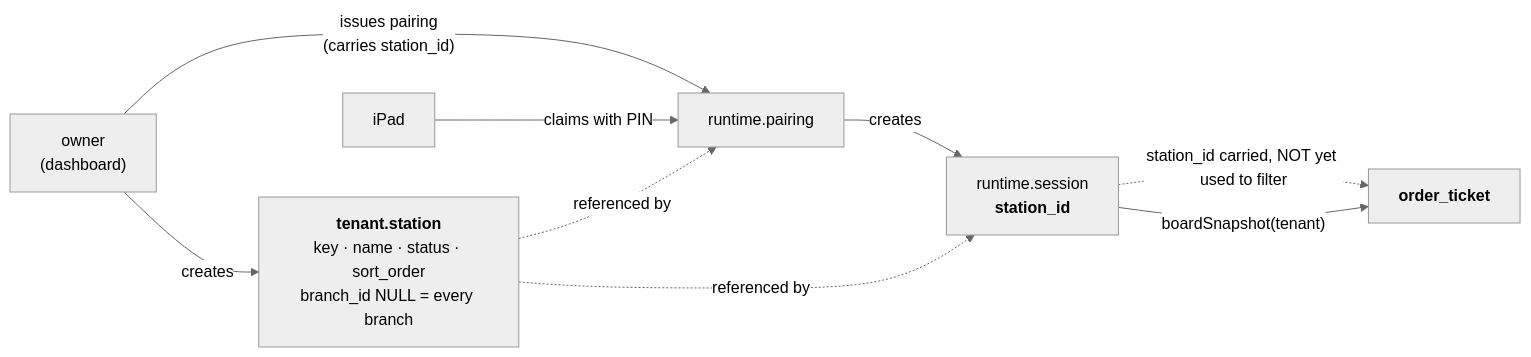
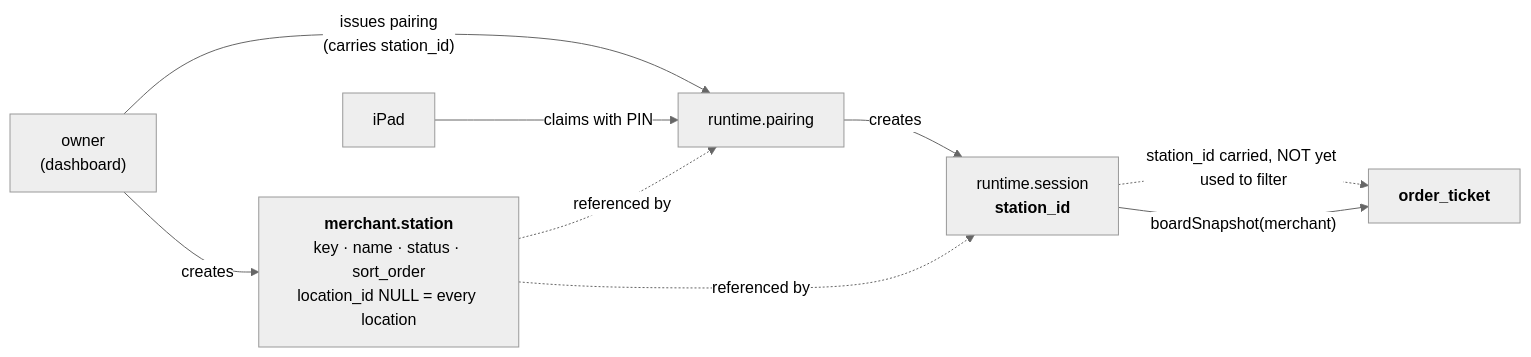
Before and after one commit to umiconsulting/umi: the second of 3 diagrams in docs/migration/build-v3/ORDER_MODEL.md, drawn with Mermaid (neutral theme). The commit also changed other lines of this file and 214 other files, not shown here.

````diff
--- a/docs/migration/build-v3/ORDER_MODEL.md
+++ b/docs/migration/build-v3/ORDER_MODEL.md
@@ -153,11 +153,11 @@
 ```mermaid
 flowchart LR
-  OWNER["owner<br/>(dashboard)"] -->|creates| ST["<b>tenant.station</b><br/>key · name · status · sort_order<br/>branch_id NULL = every branch"]
+  OWNER["owner<br/>(dashboard)"] -->|creates| ST["<b>merchant.station</b><br/>key · name · status · sort_order<br/>location_id NULL = every location"]
   OWNER -->|"issues pairing<br/>(carries station_id)"| PAIR["runtime.pairing"]
   IPAD["iPad"] -->|claims with PIN| PAIR
   PAIR -->|"creates"| SESS["runtime.session<br/><b>station_id</b>"]
   SESS -.->|"station_id carried, NOT yet used to filter"| KDS["<b>order_ticket</b>"]
-  SESS -->|"boardSnapshot(tenant)"| KDS
+  SESS -->|"boardSnapshot(merchant)"| KDS
   ST -.->|referenced by| PAIR
   ST -.->|referenced by| SESS
 ```
````
